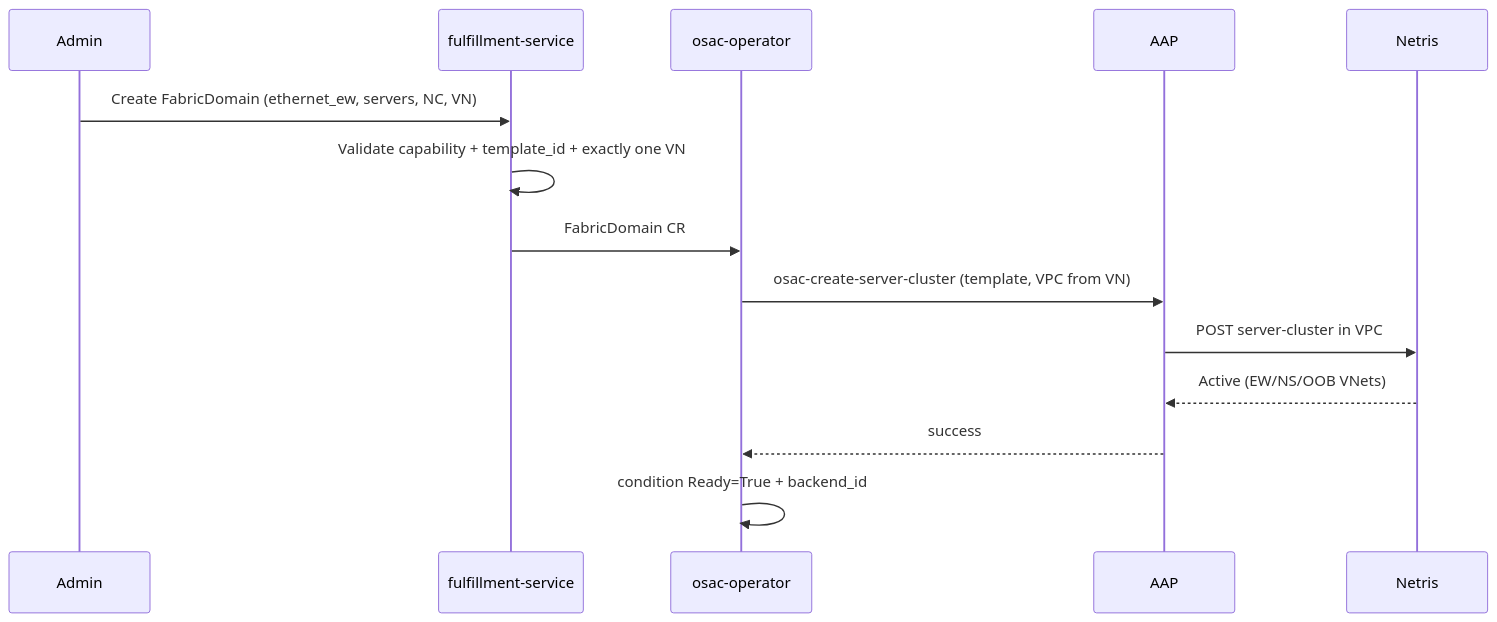
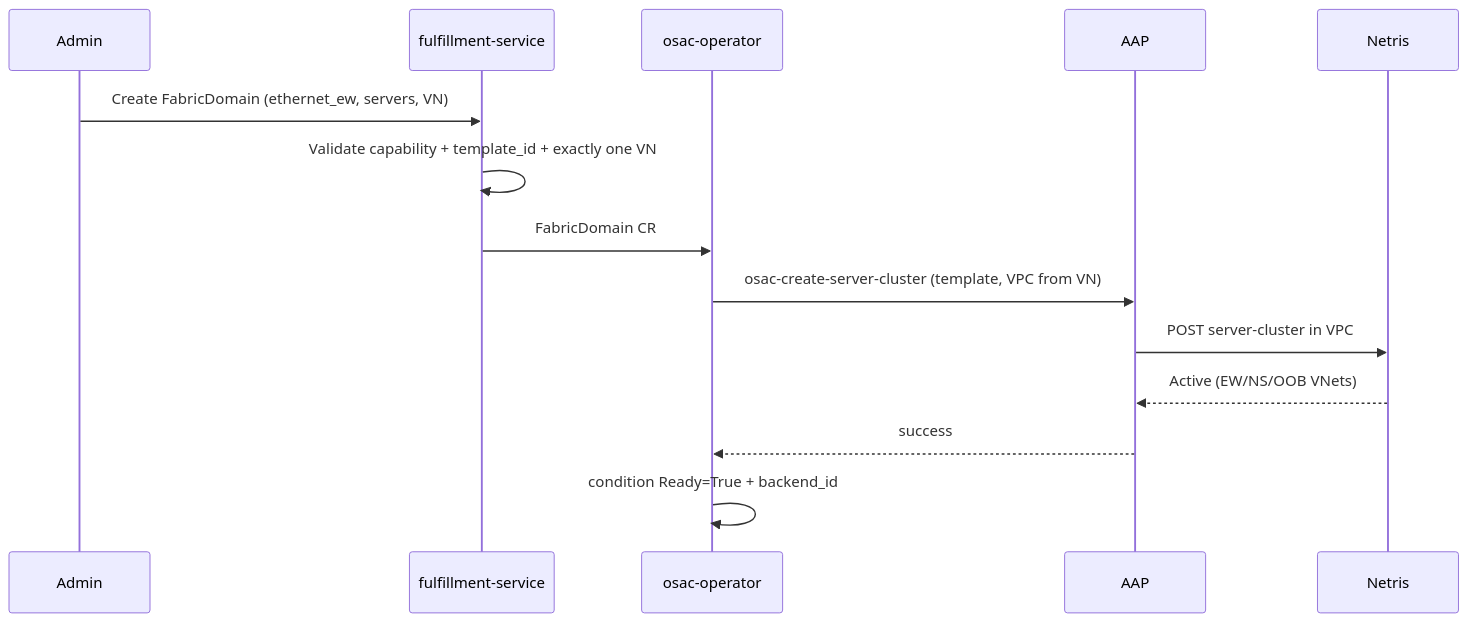
The diagram in enhancements/OSAC-1382-multi-fabric-east-west-networking/design.md (osac-project/enhancement-proposals), drawn with Mermaid before and after one commit. The commit also changed other lines of this file, not shown here.

````diff
--- a/enhancements/OSAC-1382-multi-fabric-east-west-networking/design.md
+++ b/enhancements/OSAC-1382-multi-fabric-east-west-networking/design.md
@@ -430,17 +450,17 @@
 ```mermaid
 sequenceDiagram
   participant Admin
   participant FS as fulfillment-service
   participant Op as osac-operator
   participant AAP
   participant Netris
 
-  Admin->>FS: Create FabricDomain (ethernet_ew, servers, NC, VN)
+  Admin->>FS: Create FabricDomain (ethernet_ew, servers, VN)
   FS->>FS: Validate capability + template_id + exactly one VN
   FS->>Op: FabricDomain CR
   Op->>AAP: osac-create-server-cluster (template, VPC from VN)
   AAP->>Netris: POST server-cluster in VPC
   Netris-->>AAP: Active (EW/NS/OOB VNets)
   AAP-->>Op: success
   Op->>Op: condition Ready=True + backend_id
 ```
````
